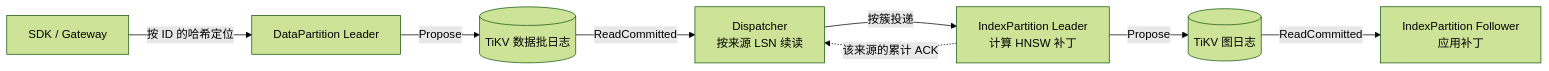
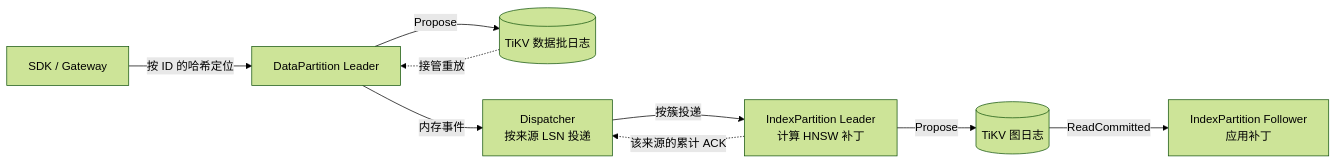
Before and after one commit to youyou-myheart/vecdb: the diagram in CLUSTER_ROUTING.md, drawn with Mermaid (forest theme). The commit also changed other lines of this file and 22 other files, not shown here.

````diff
--- a/CLUSTER_ROUTING.md
+++ b/CLUSTER_ROUTING.md
@@ -7,10 +7,11 @@
 ```mermaid
 flowchart LR
     C["SDK / Gateway"] -->|按 ID 的哈希定位| D["DataPartition Leader"]
     D -->|Propose| WAL[("TiKV 数据批日志")]
-    WAL -->|ReadCommitted| P["Dispatcher<br/>按来源 LSN 续读"]
+    D -->|内存事件| P["Dispatcher<br/>按来源 LSN 投递"]
+    WAL -.->|接管重放| D
     P -->|按簇投递| I["IndexPartition Leader<br/>计算 HNSW 补丁"]
     I -->|Propose| G[("TiKV 图日志")]
     G -->|ReadCommitted| F["IndexPartition Follower<br/>应用补丁"]
     I -.->|该来源的累计 ACK| P
 ```
````
